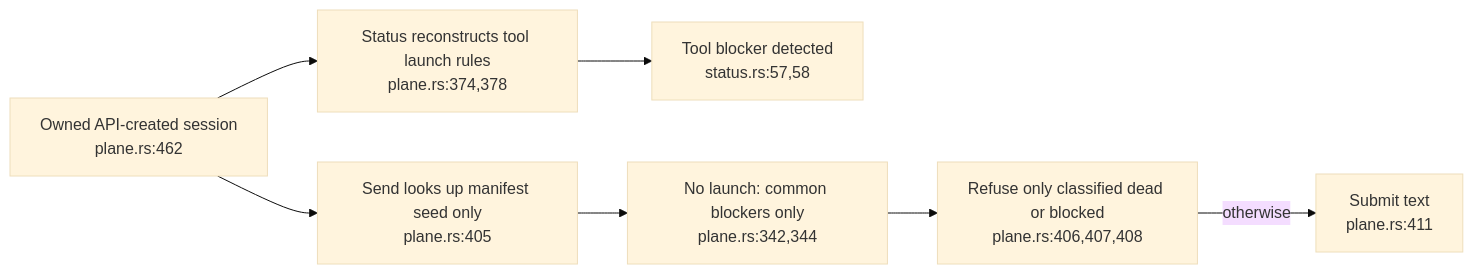
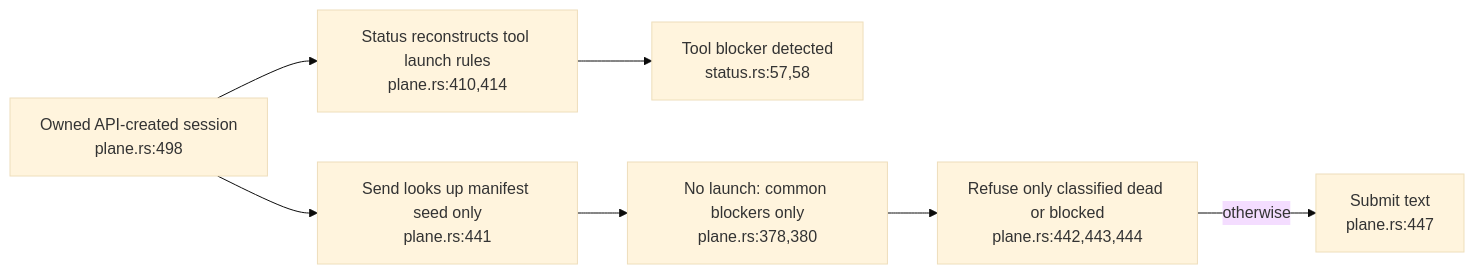
The second of 6 diagrams in docs/diagrams/agentbox/39-session-reconciliation-and-delivery.md (DreamLab-AI/VisionFlow), drawn with Mermaid (base theme) before and after one commit. The commit also changed other lines of this file and 9 other files, not shown here.

````diff
--- a/docs/diagrams/agentbox/39-session-reconciliation-and-delivery.md
+++ b/docs/diagrams/agentbox/39-session-reconciliation-and-delivery.md
@@ -46,9 +47,9 @@
 ```mermaid
 flowchart LR
-    API["Owned API-created session<br/>plane.rs:462"] --> LIST["Status reconstructs tool launch rules<br/>plane.rs:374,378"]
+    API["Owned API-created session<br/>plane.rs:498"] --> LIST["Status reconstructs tool launch rules<br/>plane.rs:410,414"]
     LIST --> BLOCK["Tool blocker detected<br/>status.rs:57,58"]
-    API --> SEND["Send looks up manifest seed only<br/>plane.rs:405"]
-    SEND --> COMMON["No launch: common blockers only<br/>plane.rs:342,344"]
-    COMMON --> CHECK["Refuse only classified dead or blocked<br/>plane.rs:406,407,408"]
-    CHECK -->|otherwise| INPUT["Submit text<br/>plane.rs:411"]
+    API --> SEND["Send looks up manifest seed only<br/>plane.rs:441"]
+    SEND --> COMMON["No launch: common blockers only<br/>plane.rs:378,380"]
+    COMMON --> CHECK["Refuse only classified dead or blocked<br/>plane.rs:442,443,444"]
+    CHECK -->|otherwise| INPUT["Submit text<br/>plane.rs:447"]
 ```
````
